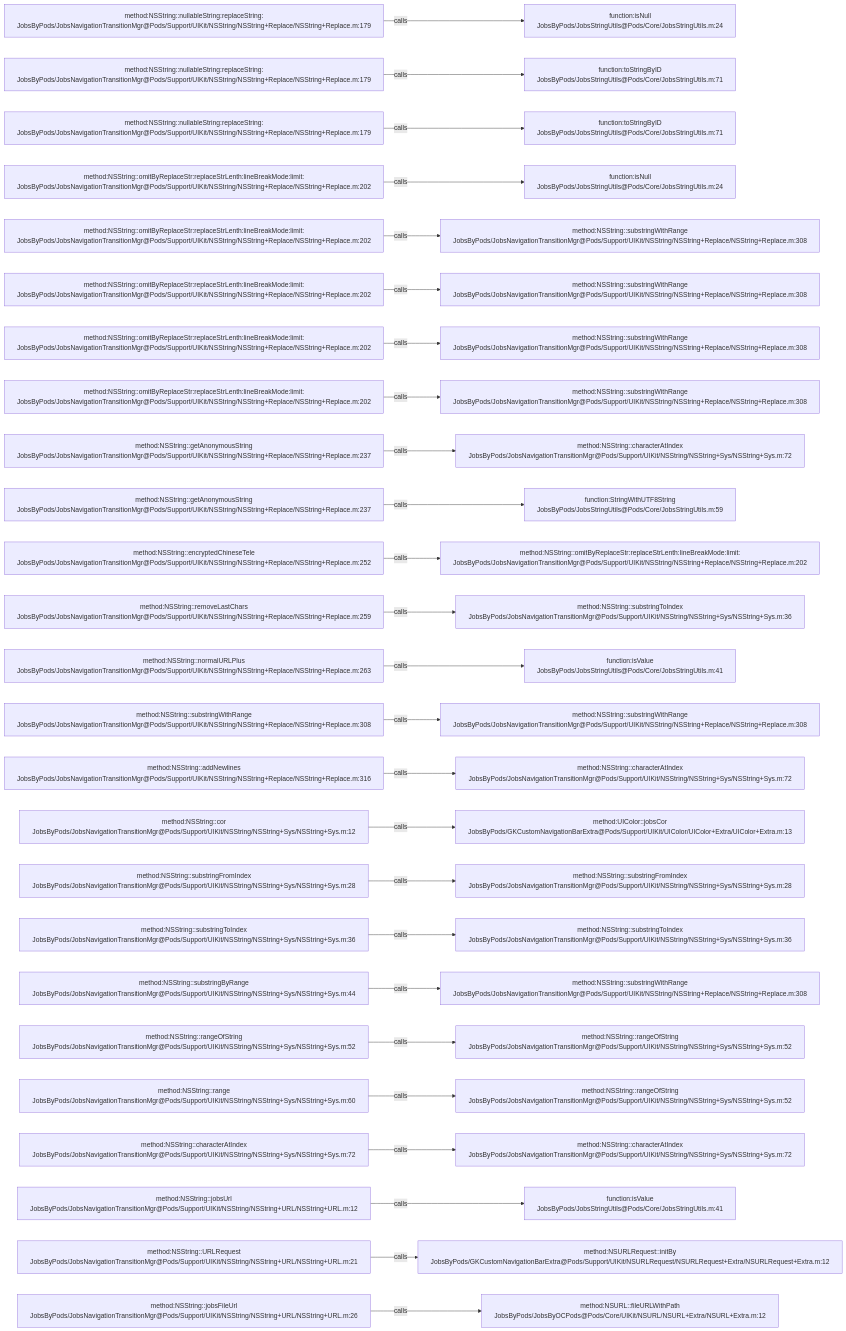
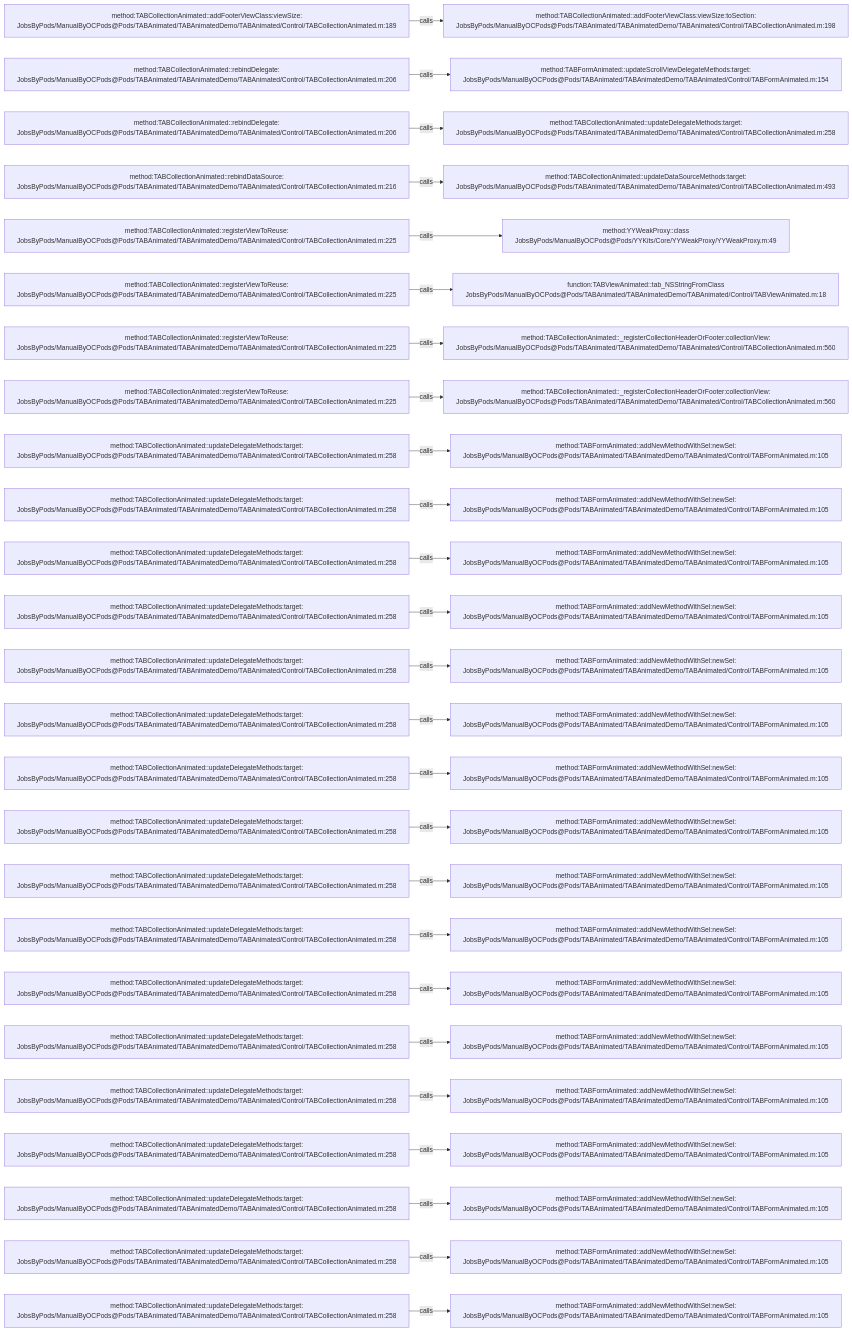
Before and after one commit to JobsKits/JobsOCBaseConfigDemo: the diagram in .codegraph/codegraph.md/graphs/calls-127.md, drawn with Mermaid. The commit also changed 573 other files, not shown here.

````diff
--- a/.codegraph/codegraph.md/graphs/calls-127.md
+++ b/.codegraph/codegraph.md/graphs/calls-127.md
@@ -13,78 +13,78 @@
 ```mermaid
 flowchart LR
-  S1["method:NSString::nullableString:replaceString:<br/>JobsByPods/JobsNavigationTransitionMgr@Pods/Support/UIKit/NSString/NSString+Replace/NSString+Replace.m:179"]
-  T1["function:isNull<br/>JobsByPods/JobsStringUtils@Pods/Core/JobsStringUtils.m:24"]
+  S1["method:TABCollectionAnimated::addFooterViewClass:viewSize:<br/>JobsByPods/ManualByOCPods@Pods/TABAnimated/TABAnimatedDemo/TABAnimated/Control/TABCollectionAnimated.m:189"]
+  T1["method:TABCollectionAnimated::addFooterViewClass:viewSize:toSection:<br/>JobsByPods/ManualByOCPods@Pods/TABAnimated/TABAnimatedDemo/TABAnimated/Control/TABCollectionAnimated.m:198"]
   S1 -->|calls| T1
-  S2["method:NSString::nullableString:replaceString:<br/>JobsByPods/JobsNavigationTransitionMgr@Pods/Support/UIKit/NSString/NSString+Replace/NSString+Replace.m:179"]
-  T2["function:toStringByID<br/>JobsByPods/JobsStringUtils@Pods/Core/JobsStringUtils.m:71"]
+  S2["method:TABCollectionAnimated::rebindDelegate:<br/>JobsByPods/ManualByOCPods@Pods/TABAnimated/TABAnimatedDemo/TABAnimated/Control/TABCollectionAnimated.m:206"]
+  T2["method:TABFormAnimated::updateScrollViewDelegateMethods:target:<br/>JobsByPods/ManualByOCPods@Pods/TABAnimated/TABAnimatedDemo/TABAnimated/Control/TABFormAnimated.m:154"]
   S2 -->|calls| T2
-  S3["method:NSString::nullableString:replaceString:<br/>JobsByPods/JobsNavigationTransitionMgr@Pods/Support/UIKit/NSString/NSString+Replace/NSString+Replace.m:179"]
-  T3["function:toStringByID<br/>JobsByPods/JobsStringUtils@Pods/Core/JobsStringUtils.m:71"]
+  S3["method:TABCollectionAnimated::rebindDelegate:<br/>JobsByPods/ManualByOCPods@Pods/TABAnimated/TABAnimatedDemo/TABAnimated/Control/TABCollectionAnimated.m:206"]
+  T3["method:TABCollectionAnimated::updateDelegateMethods:target:<br/>JobsByPods/ManualByOCPods@Pods/TABAnimated/TABAnimatedDemo/TABAnimated/Control/TABCollectionAnimated.m:258"]
   S3 -->|calls| T3
-  S4["method:NSString::omitByReplaceStr:replaceStrLenth:lineBreakMode:limit:<br/>JobsByPods/JobsNavigationTransitionMgr@Pods/Support/UIKit/NSString/NSString+Replace/NSString+Replace.m:202"]
-  T4["function:isNull<br/>JobsByPods/JobsStringUtils@Pods/Core/JobsStringUtils.m:24"]
+  S4["method:TABCollectionAnimated::rebindDataSource:<br/>JobsByPods/ManualByOCPods@Pods/TABAnimated/TABAnimatedDemo/TABAnimated/Control/TABCollectionAnimated.m:216"]
+  T4["method:TABCollectionAnimated::updateDataSourceMethods:target:<br/>JobsByPods/ManualByOCPods@Pods/TABAnimated/TABAnimatedDemo/TABAnimated/Control/TABCollectionAnimated.m:493"]
   S4 -->|calls| T4
-  S5["method:NSString::omitByReplaceStr:replaceStrLenth:lineBreakMode:limit:<br/>JobsByPods/JobsNavigationTransitionMgr@Pods/Support/UIKit/NSString/NSString+Replace/NSString+Replace.m:202"]
-  T5["method:NSString::substringWithRange<br/>JobsByPods/JobsNavigationTransitionMgr@Pods/Support/UIKit/NSString/NSString+Replace/NSString+Replace.m:308"]
+  S5["method:TABCollectionAnimated::registerViewToReuse:<br/>JobsByPods/ManualByOCPods@Pods/TABAnimated/TABAnimatedDemo/TABAnimated/Control/TABCollectionAnimated.m:225"]
+  T5["method:YYWeakProxy::class<br/>JobsByPods/ManualByOCPods@Pods/YYKits/Core/YYWeakProxy/YYWeakProxy.m:49"]
   S5 -->|calls| T5
-  S6["method:NSString::omitByReplaceStr:replaceStrLenth:lineBreakMode:limit:<br/>JobsByPods/JobsNavigationTransitionMgr@Pods/Support/UIKit/NSString/NSString+Replace/NSString+Replace.m:202"]
-  T6["method:NSString::substringWithRange<br/>JobsByPods/JobsNavigationTransitionMgr@Pods/Support/UIKit/NSString/NSString+Replace/NSString+Replace.m:308"]
+  S6["method:TABCollectionAnimated::registerViewToReuse:<br/>JobsByPods/ManualByOCPods@Pods/TABAnimated/TABAnimatedDemo/TABAnimated/Control/TABCollectionAnimated.m:225"]
+  T6["function:TABViewAnimated::tab_NSStringFromClass<br/>JobsByPods/ManualByOCPods@Pods/TABAnimated/TABAnimatedDemo/TABAnimated/Control/TABViewAnimated.m:18"]
   S6 -->|calls| T6
-  S7["method:NSString::omitByReplaceStr:replaceStrLenth:lineBreakMode:limit:<br/>JobsByPods/JobsNavigationTransitionMgr@Pods/Support/UIKit/NSString/NSString+Replace/NSString+Replace.m:202"]
-  T7["method:NSString::substringWithRange<br/>JobsByPods/JobsNavigationTransitionMgr@Pods/Support/UIKit/NSString/NSString+Replace/NSString+Replace.m:308"]
+  S7["method:TABCollectionAnimated::registerViewToReuse:<br/>JobsByPods/ManualByOCPods@Pods/TABAnimated/TABAnimatedDemo/TABAnimated/Control/TABCollectionAnimated.m:225"]
+  T7["method:TABCollectionAnimated::_registerCollectionHeaderOrFooter:collectionView:<br/>JobsByPods/ManualByOCPods@Pods/TABAnimated/TABAnimatedDemo/TABAnimated/Control/TABCollectionAnimated.m:560"]
   S7 -->|calls| T7
-  S8["method:NSString::omitByReplaceStr:replaceStrLenth:lineBreakMode:limit:<br/>JobsByPods/JobsNavigationTransitionMgr@Pods/Support/UIKit/NSString/NSString+Replace/NSString+Replace.m:202"]
-  T8["method:NSString::substringWithRange<br/>JobsByPods/JobsNavigationTransitionMgr@Pods/Support/UIKit/NSString/NSString+Replace/NSString+Replace.m:308"]
+  S8["method:TABCollectionAnimated::registerViewToReuse:<br/>JobsByPods/ManualByOCPods@Pods/TABAnimated/TABAnimatedDemo/TABAnimated/Control/TABCollectionAnimated.m:225"]
+  T8["method:TABCollectionAnimated::_registerCollectionHeaderOrFooter:collectionView:<br/>JobsByPods/ManualByOCPods@Pods/TABAnimated/TABAnimatedDemo/TABAnimated/Control/TABCollectionAnimated.m:560"]
   S8 -->|calls| T8
-  S9["method:NSString::getAnonymousString<br/>JobsByPods/JobsNavigationTransitionMgr@Pods/Support/UIKit/NSString/NSString+Replace/NSString+Replace.m:237"]
-  T9["method:NSString::characterAtIndex<br/>JobsByPods/JobsNavigationTransitionMgr@Pods/Support/UIKit/NSString/NSString+Sys/NSString+Sys.m:72"]
+  S9["method:TABCollectionAnimated::updateDelegateMethods:target:<br/>JobsByPods/ManualByOCPods@Pods/TABAnimated/TABAnimatedDemo/TABAnimated/Control/TABCollectionAnimated.m:258"]
+  T9["method:TABFormAnimated::addNewMethodWithSel:newSel:<br/>JobsByPods/ManualByOCPods@Pods/TABAnimated/TABAnimatedDemo/TABAnimated/Control/TABFormAnimated.m:105"]
   S9 -->|calls| T9
-  S10["method:NSString::getAnonymousString<br/>JobsByPods/JobsNavigationTransitionMgr@Pods/Support/UIKit/NSString/NSString+Replace/NSString+Replace.m:237"]
-  T10["function:StringWithUTF8String<br/>JobsByPods/JobsStringUtils@Pods/Core/JobsStringUtils.m:59"]
+  S10["method:TABCollectionAnimated::updateDelegateMethods:target:<br/>JobsByPods/ManualByOCPods@Pods/TABAnimated/TABAnimatedDemo/TABAnimated/Control/TABCollectionAnimated.m:258"]
+  T10["method:TABFormAnimated::addNewMethodWithSel:newSel:<br/>JobsByPods/ManualByOCPods@Pods/TABAnimated/TABAnimatedDemo/TABAnimated/Control/TABFormAnimated.m:105"]
   S10 -->|calls| T10
-  S11["method:NSString::encryptedChineseTele<br/>JobsByPods/JobsNavigationTransitionMgr@Pods/Support/UIKit/NSString/NSString+Replace/NSString+Replace.m:252"]
-  T11["method:NSString::omitByReplaceStr:replaceStrLenth:lineBreakMode:limit:<br/>JobsByPods/JobsNavigationTransitionMgr@Pods/Support/UIKit/NSString/NSString+Replace/NSString+Replace.m:202"]
+  S11["method:TABCollectionAnimated::updateDelegateMethods:target:<br/>JobsByPods/ManualByOCPods@Pods/TABAnimated/TABAnimatedDemo/TABAnimated/Control/TABCollectionAnimated.m:258"]
+  T11["method:TABFormAnimated::addNewMethodWithSel:newSel:<br/>JobsByPods/ManualByOCPods@Pods/TABAnimated/TABAnimatedDemo/TABAnimated/Control/TABFormAnimated.m:105"]
   S11 -->|calls| T11
-  S12["method:NSString::removeLastChars<br/>JobsByPods/JobsNavigationTransitionMgr@Pods/Support/UIKit/NSString/NSString+Replace/NSString+Replace.m:259"]
-  T12["method:NSString::substringToIndex<br/>JobsByPods/JobsNavigationTransitionMgr@Pods/Support/UIKit/NSString/NSString+Sys/NSString+Sys.m:36"]
+  S12["method:TABCollectionAnimated::updateDelegateMethods:target:<br/>JobsByPods/ManualByOCPods@Pods/TABAnimated/TABAnimatedDemo/TABAnimated/Control/TABCollectionAnimated.m:258"]
+  T12["method:TABFormAnimated::addNewMethodWithSel:newSel:<br/>JobsByPods/ManualByOCPods@Pods/TABAnimated/TABAnimatedDemo/TABAnimated/Control/TABFormAnimated.m:105"]
   S12 -->|calls| T12
-  S13["method:NSString::normalURLPlus<br/>JobsByPods/JobsNavigationTransitionMgr@Pods/Support/UIKit/NSString/NSString+Replace/NSString+Replace.m:263"]
-  T13["function:isValue<br/>JobsByPods/JobsStringUtils@Pods/Core/JobsStringUtils.m:41"]
+  S13["method:TABCollectionAnimated::updateDelegateMethods:target:<br/>JobsByPods/ManualByOCPods@Pods/TABAnimated/TABAnimatedDemo/TABAnimated/Control/TABCollectionAnimated.m:258"]
+  T13["method:TABFormAnimated::addNewMethodWithSel:newSel:<br/>JobsByPods/ManualByOCPods@Pods/TABAnimated/TABAnimatedDemo/TABAnimated/Control/TABFormAnimated.m:105"]
   S13 -->|calls| T13
-  S14["method:NSString::substringWithRange<br/>JobsByPods/JobsNavigationTransitionMgr@Pods/Support/UIKit/NSString/NSString+Replace/NSString+Replace.m:308"]
-  T14["method:NSString::substringWithRange<br/>JobsByPods/JobsNavigationTransitionMgr@Pods/Support/UIKit/NSString/NSString+Replace/NSString+Replace.m:308"]
+  S14["method:TABCollectionAnimated::updateDelegateMethods:target:<br/>JobsByPods/ManualByOCPods@Pods/TABAnimated/TABAnimatedDemo/TABAnimated/Control/TABCollectionAnimated.m:258"]
+  T14["method:TABFormAnimated::addNewMethodWithSel:newSel:<br/>JobsByPods/ManualByOCPods@Pods/TABAnimated/TABAnimatedDemo/TABAnimated/Control/TABFormAnimated.m:105"]
   S14 -->|calls| T14
-  S15["method:NSString::addNewlines<br/>JobsByPods/JobsNavigationTransitionMgr@Pods/Support/UIKit/NSString/NSString+Replace/NSString+Replace.m:316"]
-  T15["method:NSString::characterAtIndex<br/>JobsByPods/JobsNavigationTransitionMgr@Pods/Support/UIKit/NSString/NSString+Sys/NSString+Sys.m:72"]
+  S15["method:TABCollectionAnimated::updateDelegateMethods:target:<br/>JobsByPods/ManualByOCPods@Pods/TABAnimated/TABAnimatedDemo/TABAnimated/Control/TABCollectionAnimated.m:258"]
+  T15["method:TABFormAnimated::addNewMethodWithSel:newSel:<br/>JobsByPods/ManualByOCPods@Pods/TABAnimated/TABAnimatedDemo/TABAnimated/Control/TABFormAnimated.m:105"]
   S15 -->|calls| T15
-  S16["method:NSString::cor<br/>JobsByPods/JobsNavigationTransitionMgr@Pods/Support/UIKit/NSString/NSString+Sys/NSString+Sys.m:12"]
-  T16["method:UIColor::jobsCor<br/>JobsByPods/GKCustomNavigationBarExtra@Pods/Support/UIKit/UIColor/UIColor+Extra/UIColor+Extra.m:13"]
+  S16["method:TABCollectionAnimated::updateDelegateMethods:target:<br/>JobsByPods/ManualByOCPods@Pods/TABAnimated/TABAnimatedDemo/TABAnimated/Control/TABCollectionAnimated.m:258"]
+  T16["method:TABFormAnimated::addNewMethodWithSel:newSel:<br/>JobsByPods/ManualByOCPods@Pods/TABAnimated/TABAnimatedDemo/TABAnimated/Control/TABFormAnimated.m:105"]
   S16 -->|calls| T16
-  S17["method:NSString::substringFromIndex<br/>JobsByPods/JobsNavigationTransitionMgr@Pods/Support/UIKit/NSString/NSString+Sys/NSString+Sys.m:28"]
-  T17["method:NSString::substringFromIndex<br/>JobsByPods/JobsNavigationTransitionMgr@Pods/Support/UIKit/NSString/NSString+Sys/NSString+Sys.m:28"]
+  S17["method:TABCollectionAnimated::updateDelegateMethods:target:<br/>JobsByPods/ManualByOCPods@Pods/TABAnimated/TABAnimatedDemo/TABAnimated/Control/TABCollectionAnimated.m:258"]
+  T17["method:TABFormAnimated::addNewMethodWithSel:newSel:<br/>JobsByPods/ManualByOCPods@Pods/TABAnimated/TABAnimatedDemo/TABAnimated/Control/TABFormAnimated.m:105"]
   S17 -->|calls| T17
-  S18["method:NSString::substringToIndex<br/>JobsByPods/JobsNavigationTransitionMgr@Pods/Support/UIKit/NSString/NSString+Sys/NSString+Sys.m:36"]
-  T18["method:NSString::substringToIndex<br/>JobsByPods/JobsNavigationTransitionMgr@Pods/Support/UIKit/NSString/NSString+Sys/NSString+Sys.m:36"]
+  S18["method:TABCollectionAnimated::updateDelegateMethods:target:<br/>JobsByPods/ManualByOCPods@Pods/TABAnimated/TABAnimatedDemo/TABAnimated/Control/TABCollectionAnimated.m:258"]
+  T18["method:TABFormAnimated::addNewMethodWithSel:newSel:<br/>JobsByPods/ManualByOCPods@Pods/TABAnimated/TABAnimatedDemo/TABAnimated/Control/TABFormAnimated.m:105"]
   S18 -->|calls| T18
-  S19["method:NSString::substringByRange<br/>JobsByPods/JobsNavigationTransitionMgr@Pods/Support/UIKit/NSString/NSString+Sys/NSString+Sys.m:44"]
-  T19["method:NSString::substringWithRange<br/>JobsByPods/JobsNavigationTransitionMgr@Pods/Support/UIKit/NSString/NSString+Replace/NSString+Replace.m:308"]
+  S19["method:TABCollectionAnimated::updateDelegateMethods:target:<br/>JobsByPods/ManualByOCPods@Pods/TABAnimated/TABAnimatedDemo/TABAnimated/Control/TABCollectionAnimated.m:258"]
+  T19["method:TABFormAnimated::addNewMethodWithSel:newSel:<br/>JobsByPods/ManualByOCPods@Pods/TABAnimated/TABAnimatedDemo/TABAnimated/Control/TABFormAnimated.m:105"]
   S19 -->|calls| T19
-  S20["method:NSString::rangeOfString<br/>JobsByPods/JobsNavigationTransitionMgr@Pods/Support/UIKit/NSString/NSString+Sys/NSString+Sys.m:52"]
-  T20["method:NSString::rangeOfString<br/>JobsByPods/JobsNavigationTransitionMgr@Pods/Support/UIKit/NSString/NSString+Sys/NSString+Sys.m:52"]
+  S20["method:TABCollectionAnimated::updateDelegateMethods:target:<br/>JobsByPods/ManualByOCPods@Pods/TABAnimated/TABAnimatedDemo/TABAnimated/Control/TABCollectionAnimated.m:258"]
+  T20["method:TABFormAnimated::addNewMethodWithSel:newSel:<br/>JobsByPods/ManualByOCPods@Pods/TABAnimated/TABAnimatedDemo/TABAnimated/Control/TABFormAnimated.m:105"]
   S20 -->|calls| T20
-  S21["method:NSString::range<br/>JobsByPods/JobsNavigationTransitionMgr@Pods/Support/UIKit/NSString/NSString+Sys/NSString+Sys.m:60"]
-  T21["method:NSString::rangeOfString<br/>JobsByPods/JobsNavigationTransitionMgr@Pods/Support/UIKit/NSString/NSString+Sys/NSString+Sys.m:52"]
+  S21["method:TABCollectionAnimated::updateDelegateMethods:target:<br/>JobsByPods/ManualByOCPods@Pods/TABAnimated/TABAnimatedDemo/TABAnimated/Control/TABCollectionAnimated.m:258"]
+  T21["method:TABFormAnimated::addNewMethodWithSel:newSel:<br/>JobsByPods/ManualByOCPods@Pods/TABAnimated/TABAnimatedDemo/TABAnimated/Control/TABFormAnimated.m:105"]
   S21 -->|calls| T21
-  S22["method:NSString::characterAtIndex<br/>JobsByPods/JobsNavigationTransitionMgr@Pods/Support/UIKit/NSString/NSString+Sys/NSString+Sys.m:72"]
-  T22["method:NSString::characterAtIndex<br/>JobsByPods/JobsNavigationTransitionMgr@Pods/Support/UIKit/NSString/NSString+Sys/NSString+Sys.m:72"]
+  S22["method:TABCollectionAnimated::updateDelegateMethods:target:<br/>JobsByPods/ManualByOCPods@Pods/TABAnimated/TABAnimatedDemo/TABAnimated/Control/TABCollectionAnimated.m:258"]
+  T22["method:TABFormAnimated::addNewMethodWithSel:newSel:<br/>JobsByPods/ManualByOCPods@Pods/TABAnimated/TABAnimatedDemo/TABAnimated/Control/TABFormAnimated.m:105"]
   S22 -->|calls| T22
-  S23["method:NSString::jobsUrl<br/>JobsByPods/JobsNavigationTransitionMgr@Pods/Support/UIKit/NSString/NSString+URL/NSString+URL.m:12"]
-  T23["function:isValue<br/>JobsByPods/JobsStringUtils@Pods/Core/JobsStringUtils.m:41"]
+  S23["method:TABCollectionAnimated::updateDelegateMethods:target:<br/>JobsByPods/ManualByOCPods@Pods/TABAnimated/TABAnimatedDemo/TABAnimated/Control/TABCollectionAnimated.m:258"]
+  T23["method:TABFormAnimated::addNewMethodWithSel:newSel:<br/>JobsByPods/ManualByOCPods@Pods/TABAnimated/TABAnimatedDemo/TABAnimated/Control/TABFormAnimated.m:105"]
   S23 -->|calls| T23
-  S24["method:NSString::URLRequest<br/>JobsByPods/JobsNavigationTransitionMgr@Pods/Support/UIKit/NSString/NSString+URL/NSString+URL.m:21"]
-  T24["method:NSURLRequest::initBy<br/>JobsByPods/GKCustomNavigationBarExtra@Pods/Support/UIKit/NSURLRequest/NSURLRequest+Extra/NSURLRequest+Extra.m:12"]
+  S24["method:TABCollectionAnimated::updateDelegateMethods:target:<br/>JobsByPods/ManualByOCPods@Pods/TABAnimated/TABAnimatedDemo/TABAnimated/Control/TABCollectionAnimated.m:258"]
+  T24["method:TABFormAnimated::addNewMethodWithSel:newSel:<br/>JobsByPods/ManualByOCPods@Pods/TABAnimated/TABAnimatedDemo/TABAnimated/Control/TABFormAnimated.m:105"]
   S24 -->|calls| T24
-  S25["method:NSString::jobsFileUrl<br/>JobsByPods/JobsNavigationTransitionMgr@Pods/Support/UIKit/NSString/NSString+URL/NSString+URL.m:26"]
-  T25["method:NSURL::fileURLWithPath<br/>JobsByPods/JobsByOCPods@Pods/Core/UIKit/NSURL/NSURL+Extra/NSURL+Extra.m:12"]
+  S25["method:TABCollectionAnimated::updateDelegateMethods:target:<br/>JobsByPods/ManualByOCPods@Pods/TABAnimated/TABAnimatedDemo/TABAnimated/Control/TABCollectionAnimated.m:258"]
+  T25["method:TABFormAnimated::addNewMethodWithSel:newSel:<br/>JobsByPods/ManualByOCPods@Pods/TABAnimated/TABAnimatedDemo/TABAnimated/Control/TABFormAnimated.m:105"]
   S25 -->|calls| T25
 ```
````
